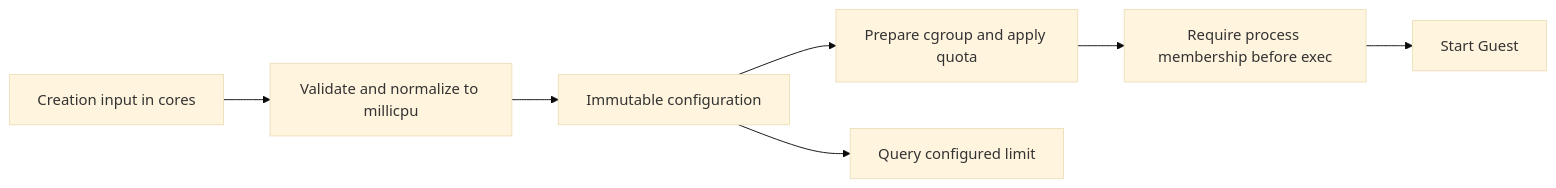
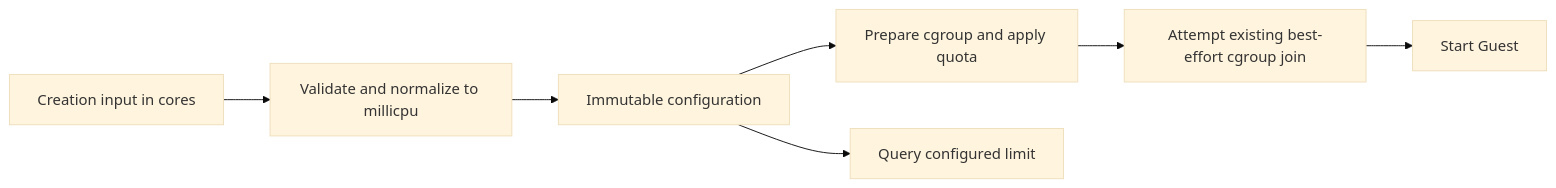
One commit to boxlite-ai/boxlite changed the diagram in docs/contributing/investigations/2026-11-09-cpu-limit.md. Above: the diagram before and after it, drawn with Mermaid (base theme). The commit also changed other lines of this file and 8 other files, not shown here.

First line of the commit message:
fix(runtime): preserve best-effort cgroup membership

````diff
--- a/docs/contributing/investigations/2026-11-09-cpu-limit.md
+++ b/docs/contributing/investigations/2026-11-09-cpu-limit.md
@@ -48,9 +48,9 @@
 ```mermaid
 flowchart LR
     Input[Creation input in cores] --> Validate[Validate and normalize to millicpu]
     Validate --> Config[Immutable configuration]
     Config --> Start[Prepare cgroup and apply quota]
-    Start --> Join[Require process membership before exec]
+    Start --> Join[Attempt existing best-effort cgroup join]
     Join --> VM[Start Guest]
     Config --> Info[Query configured limit]
 ```
````
